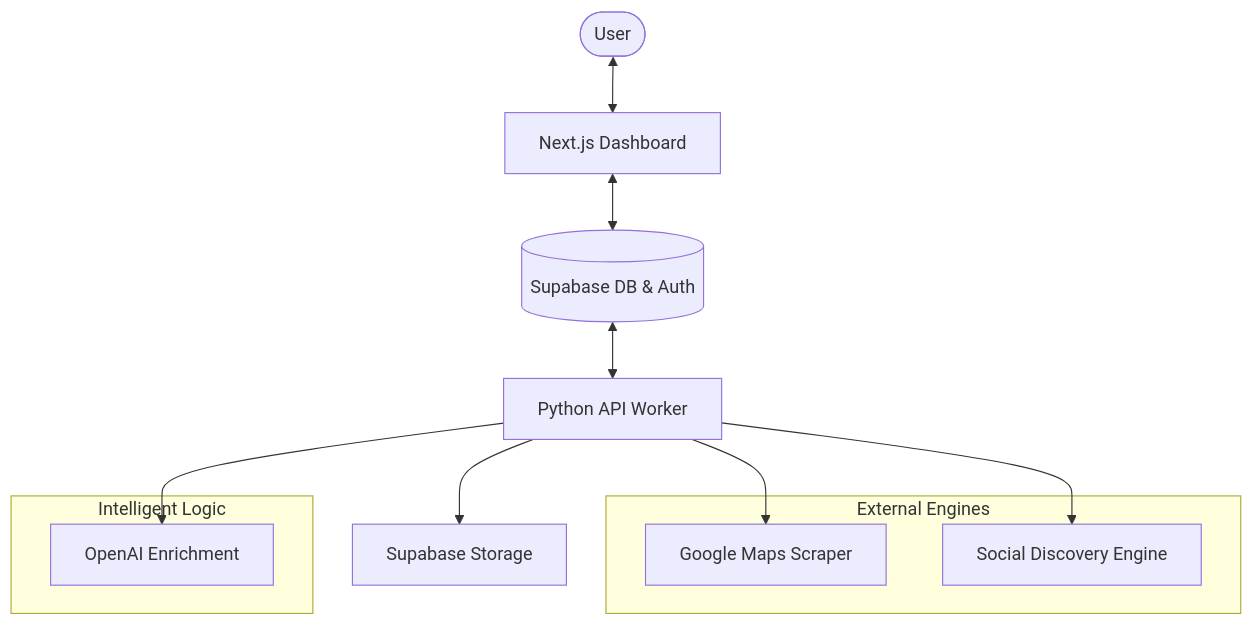
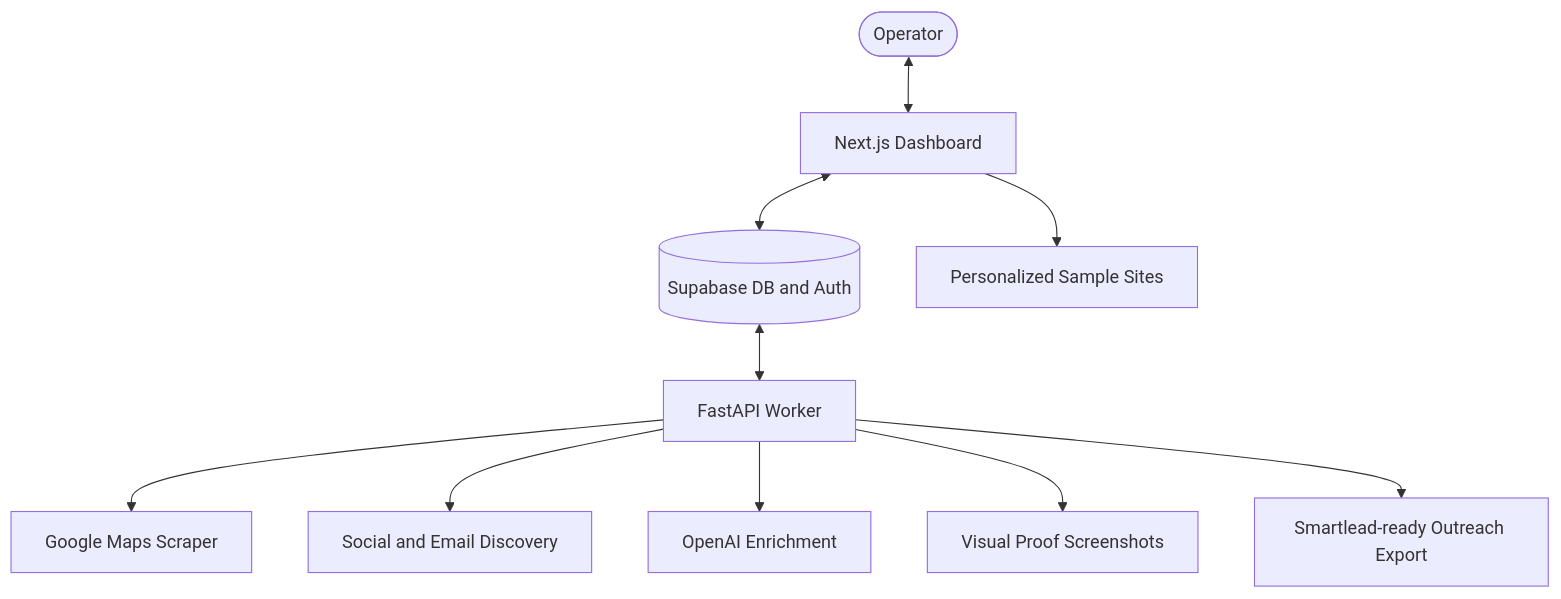
The diagram in README.md (nusRying/Websites-Marketing), drawn with Mermaid before and after one commit. The commit also changed other lines of this file and 28 other files, not shown here.

````diff
--- a/README.md
+++ b/README.md
@@ -11,19 +25,12 @@
 ```mermaid
 graph TD
-    User([User]) <--> Dashboard[Next.js Dashboard]
-    Dashboard <--> SupabaseDB[(Supabase DB & Auth)]
-    SupabaseDB <--> API_Worker[Python API Worker]
-    API_Worker --> MapsScraper[Google Maps Scraper]
-    API_Worker --> SocialScraper[Social Discovery Engine]
-    API_Worker --> AI_Enrich[OpenAI Enrichment]
-    API_Worker --> Screenshots[Supabase Storage]
-    
-    subgraph "External Engines"
-        MapsScraper
-        SocialScraper
-    end
-    
-    subgraph "Intelligent Logic"
-        AI_Enrich
-    end
+    User([Operator]) <--> Dashboard[Next.js Dashboard]
+    Dashboard <--> SupabaseDB[(Supabase DB and Auth)]
+    Dashboard --> PublicSites[Personalized Sample Sites]
+    SupabaseDB <--> APIWorker[FastAPI Worker]
+    APIWorker --> MapsScraper[Google Maps Scraper]
+    APIWorker --> SocialDiscovery[Social and Email Discovery]
+    APIWorker --> AIEnrich[OpenAI Enrichment]
+    APIWorker --> Screenshots[Visual Proof Screenshots]
+    APIWorker --> Outreach[Smartlead-ready Outreach Export]
 ```
````
